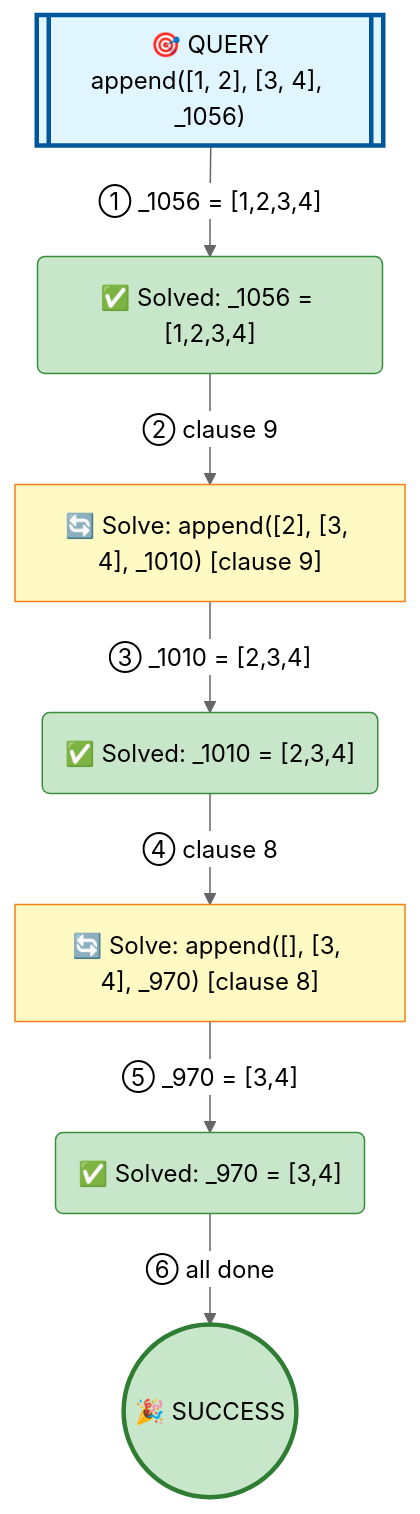
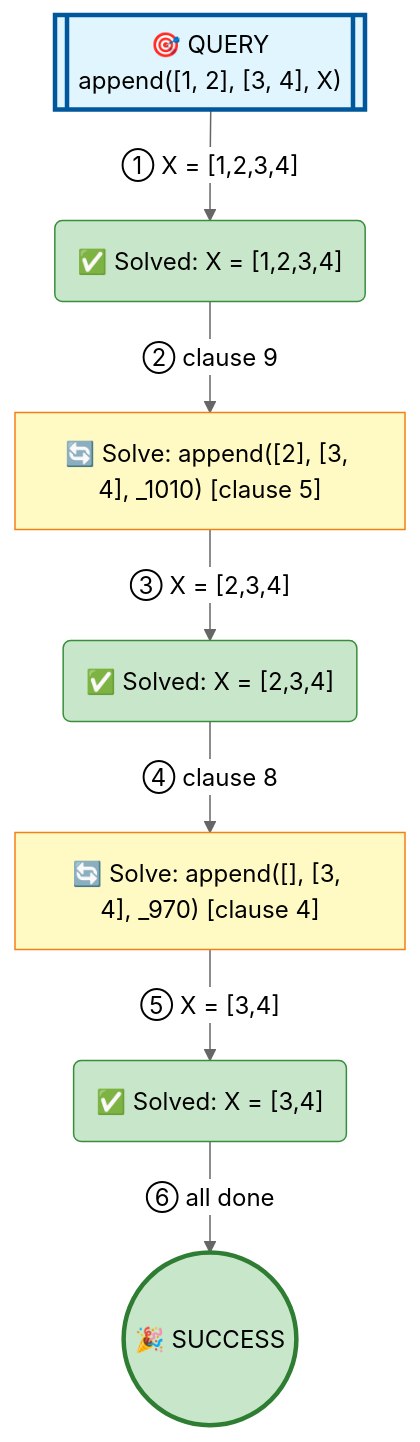
The diagram in examples/append-minimal.md (jarecsni/prolog-trace-viz), drawn with Mermaid (neutral theme) before and after one commit. The commit also changed other lines of this file and 26 other files, not shown here.

````diff
--- a/examples/append-minimal.md
+++ b/examples/append-minimal.md
@@ -16,29 +16,29 @@
 ```mermaid
 graph TD
 
 %% Nodes
-A[["🎯 QUERY<br/>append([1, 2], [3, 4], _1056)"]]
-B("✅ Solved: _1056 = [1,2,3,4]")
-C["🔄 Solve: append([2], [3, 4], _1010) [clause 9]"]
-D("✅ Solved: _1010 = [2,3,4]")
-E["🔄 Solve: append([], [3, 4], _970) [clause 8]"]
-F("✅ Solved: _970 = [3,4]")
+A[["🎯 QUERY<br/>append([1, 2], [3, 4], X)"]]
+B("✅ Solved: X = [1,2,3,4]")
+C["🔄 Solve: append([2], [3, 4], _1010) [clause 5]"]
+D("✅ Solved: X = [2,3,4]")
+E["🔄 Solve: append([], [3, 4], _970) [clause 4]"]
+F("✅ Solved: X = [3,4]")
 G(("🎉 SUCCESS"))
 
 %% Edges
-A -->|"① _1056 = [1,2,3,4]"| B
+A -->|"① X = [1,2,3,4]"| B
 B -->|"② clause 9"| C
-C -->|"③ _1010 = [2,3,4]"| D
+C -->|"③ X = [2,3,4]"| D
 D -->|"④ clause 8"| E
-E -->|"⑤ _970 = [3,4]"| F
+E -->|"⑤ X = [3,4]"| F
 F -->|"⑥ all done"| G
 
 %% Styles
 style A fill:#e1f5ff,stroke:#01579b,stroke-width:3px
 style B fill:#c8e6c9,stroke:#388e3c
 style C fill:#fff9c4,stroke:#f57f17
 style D fill:#c8e6c9,stroke:#388e3c
 style E fill:#fff9c4,stroke:#f57f17
 style F fill:#c8e6c9,stroke:#388e3c
 style G fill:#c8e6c9,stroke:#2e7d32,stroke-width:3px
 ```
````
